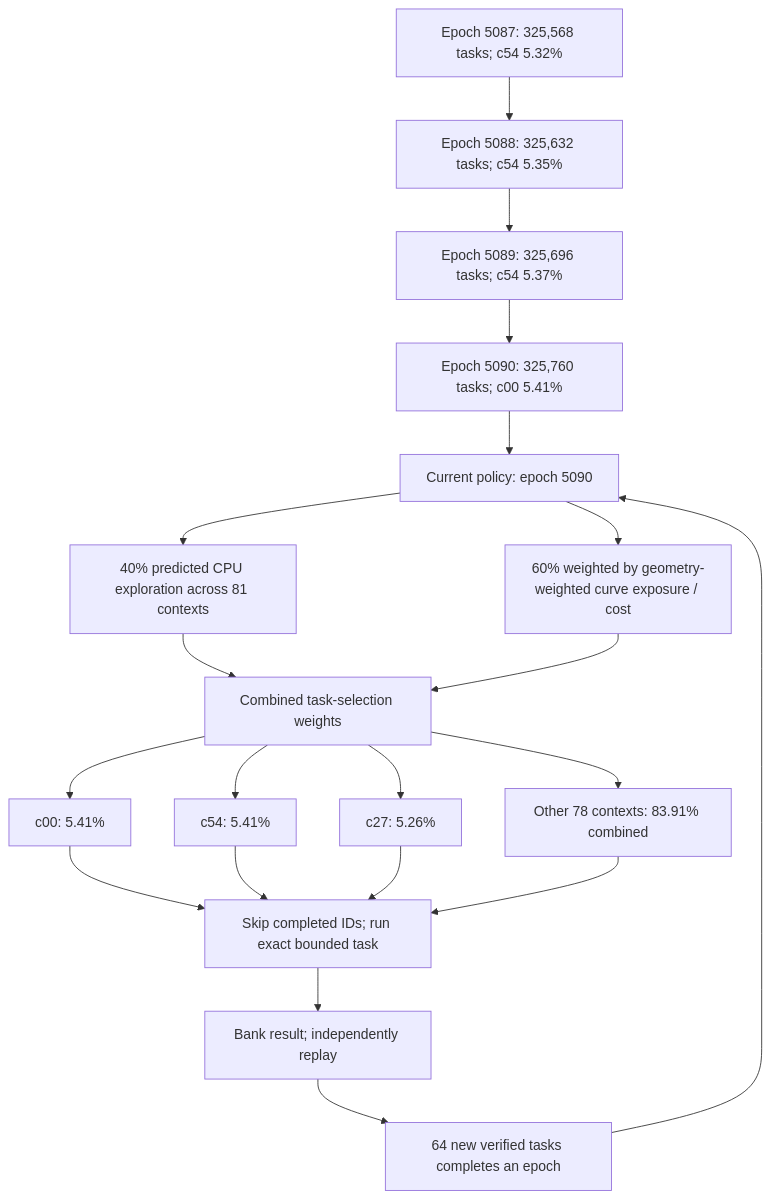
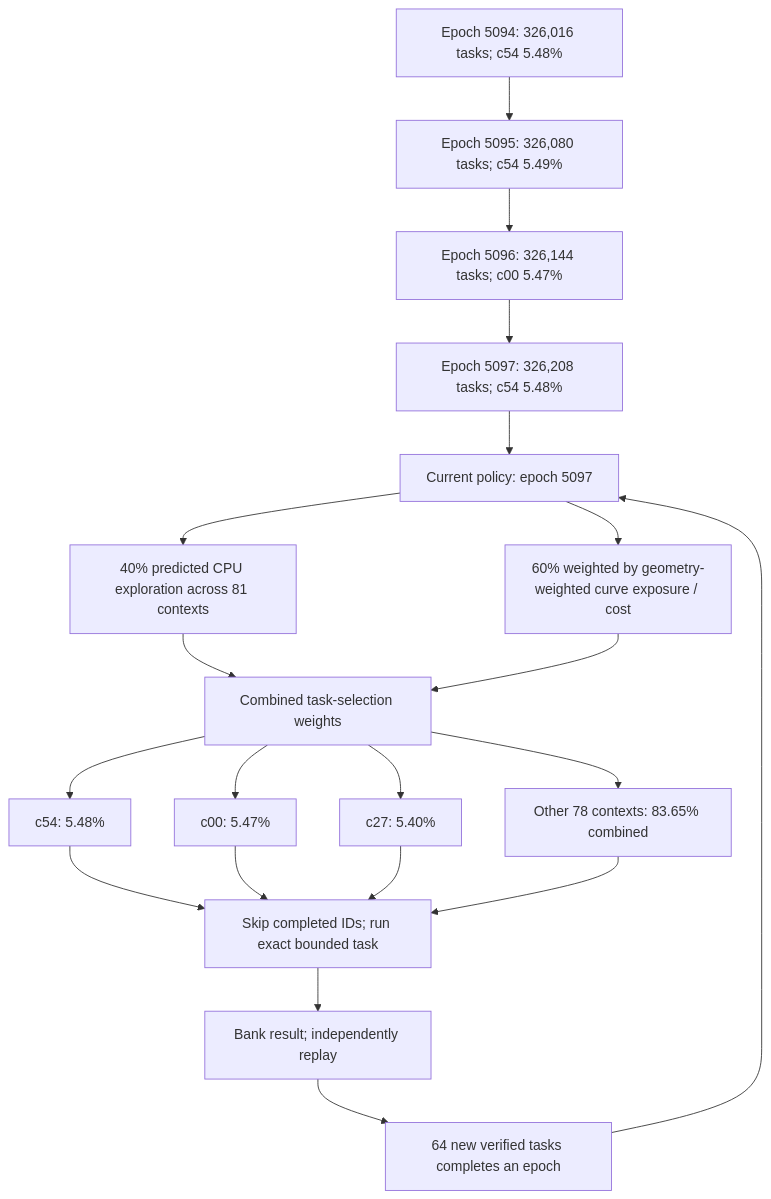
One commit to Kuberwastaken/math-gambling changed the first of 3 diagrams in README.md. Above: the diagram before and after it, drawn with Mermaid. The commit also changed other lines of this file and 1689 other files, not shown here.

````diff
--- a/README.md
+++ b/README.md
@@ -60,27 +60,27 @@
 ```mermaid
 flowchart TD
-    H0["Epoch 5087: 325,568 tasks; c54 5.32%"]
-    H1["Epoch 5088: 325,632 tasks; c54 5.35%"]
+    H0["Epoch 5094: 326,016 tasks; c54 5.48%"]
+    H1["Epoch 5095: 326,080 tasks; c54 5.49%"]
     H0 --> H1
-    H2["Epoch 5089: 325,696 tasks; c54 5.37%"]
+    H2["Epoch 5096: 326,144 tasks; c00 5.47%"]
     H1 --> H2
-    H3["Epoch 5090: 325,760 tasks; c00 5.41%"]
+    H3["Epoch 5097: 326,208 tasks; c54 5.48%"]
     H2 --> H3
-    Policy["Current policy: epoch 5090"]
+    Policy["Current policy: epoch 5097"]
     H3 --> Policy
     Policy --> Explore["40% predicted CPU exploration across 81 contexts"]
     Policy --> Cost["60% weighted by geometry-weighted curve exposure / cost"]
     Explore --> Mix["Combined task-selection weights"]
     Cost --> Mix
-    Mix --> C0["c00: 5.41%"]
-    Mix --> C1["c54: 5.41%"]
-    Mix --> C2["c27: 5.26%"]
-    Mix --> Rest["Other 78 contexts: 83.91% combined"]
+    Mix --> C0["c54: 5.48%"]
+    Mix --> C1["c00: 5.47%"]
+    Mix --> C2["c27: 5.40%"]
+    Mix --> Rest["Other 78 contexts: 83.65% combined"]
     C0 --> Check["Skip completed IDs; run exact bounded task"]
     C1 --> Check
     C2 --> Check
     Rest --> Check
     Check --> Replay["Bank result; independently replay"]
     Replay --> Gate["64 new verified tasks completes an epoch"]
     Gate --> Policy
 ```
````
